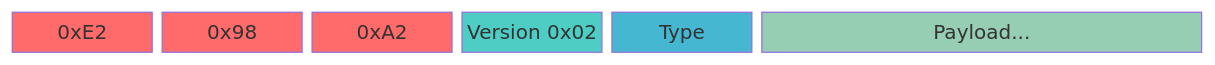
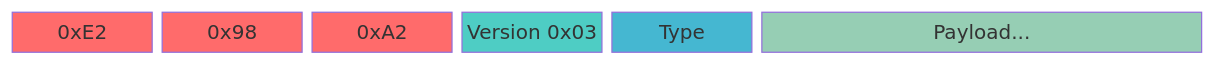
The fourth of 12 diagrams in docs/explanation/nuclearnet.md (Fastcode/NUClear), drawn with Mermaid before and after one commit. The commit also changed other lines of this file and 3 other files, not shown here.

````diff
--- a/docs/explanation/nuclearnet.md
+++ b/docs/explanation/nuclearnet.md
@@ -127,12 +161,12 @@
 ```mermaid
 block-beta
     columns 8
-    h1["0xE2"]:1 h2["0x98"]:1 h3["0xA2"]:1 ver["Version 0x02"]:1 type["Type"]:1 payload["Payload..."]:3
+    h1["0xE2"]:1 h2["0x98"]:1 h3["0xA2"]:1 ver["Version 0x03"]:1 type["Type"]:1 payload["Payload..."]:3
 
     style h1 fill:#ff6b6b,color:#fff
     style h2 fill:#ff6b6b,color:#fff
     style h3 fill:#ff6b6b,color:#fff
     style ver fill:#4ecdc4,color:#fff
     style type fill:#45b7d1,color:#fff
     style payload fill:#96ceb4,color:#fff
 ```
````
